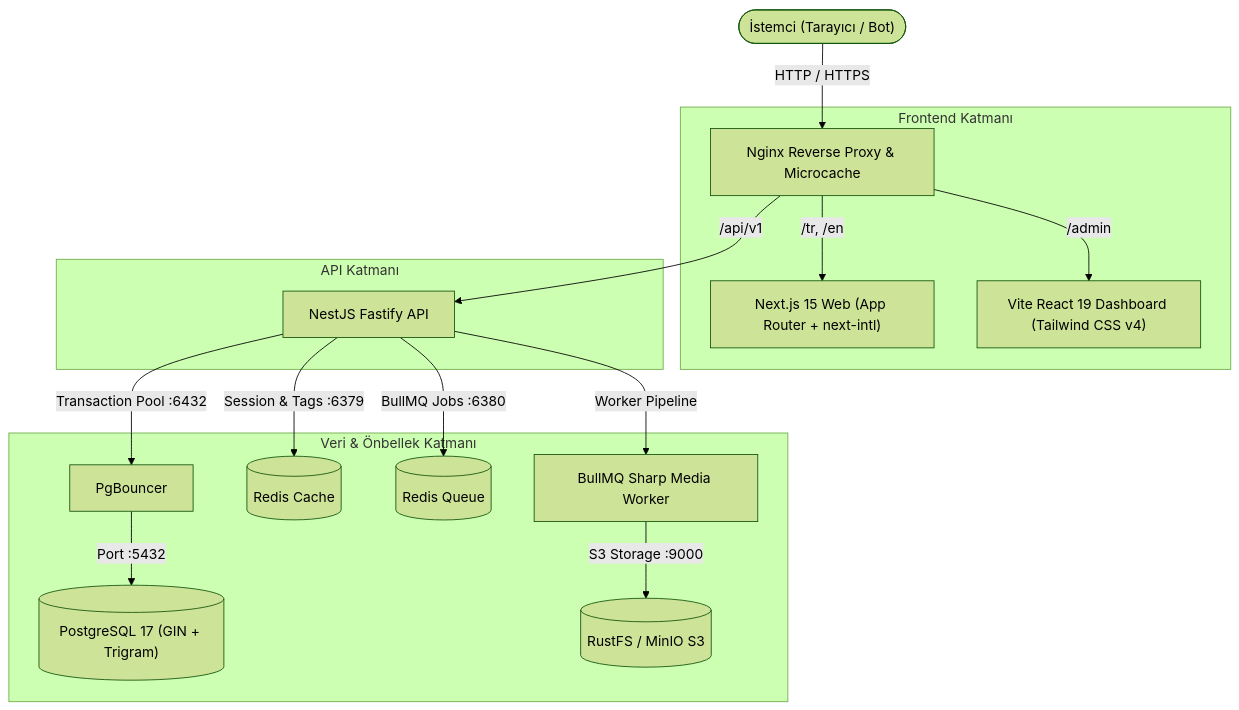
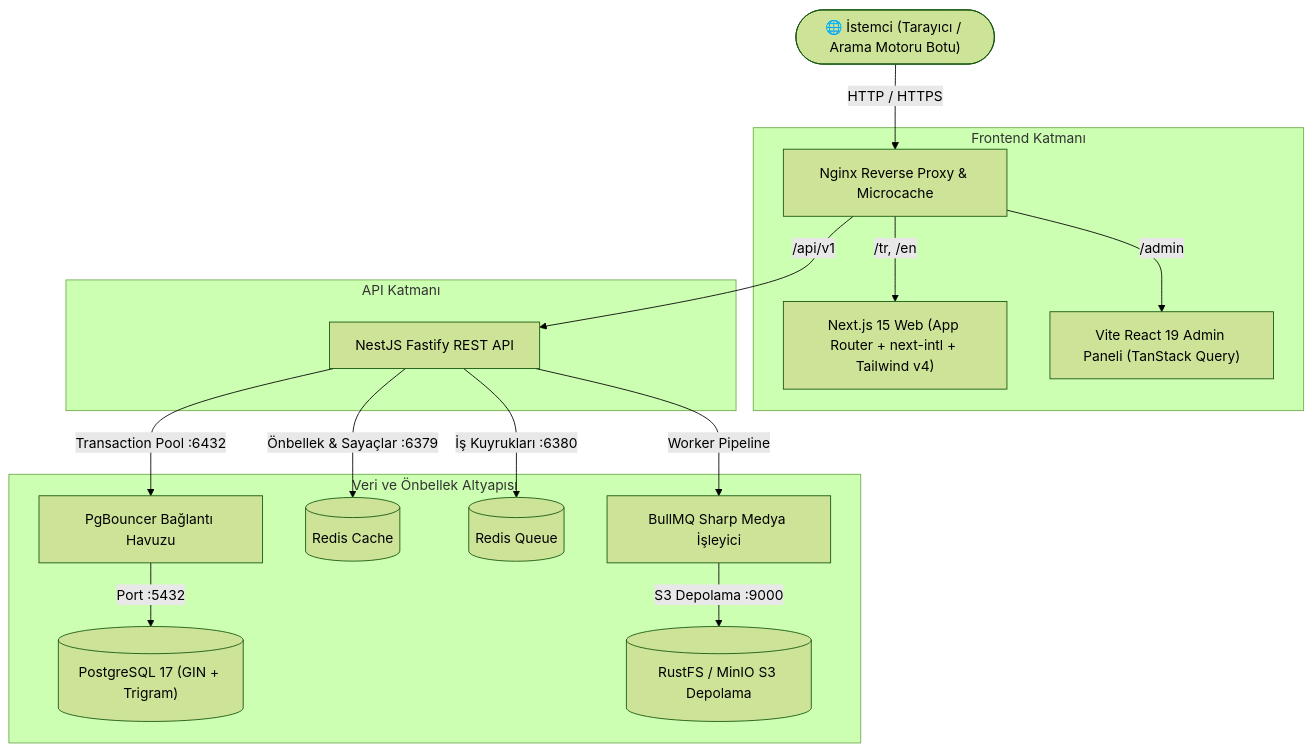
Before and after one commit to MaybeEarth/blog: the diagram in README.md, drawn with Mermaid (forest theme). The commit also changed other lines of this file and 1 other file, not shown here.

````diff
--- a/README.md
+++ b/README.md
@@ -34,22 +74,22 @@
 ```mermaid
 flowchart TD
-    Client(["İstemci (Tarayıcı / Bot)"]) -->|HTTP / HTTPS| Nginx["Nginx Reverse Proxy & Microcache"]
+    Client(["🌐 İstemci (Tarayıcı / Arama Motoru Botu)"]) -->|HTTP / HTTPS| Nginx["Nginx Reverse Proxy & Microcache"]
     
     subgraph Frontend Katmanı
-        Nginx -->|/tr, /en| Web["Next.js 15 Web (App Router + next-intl)"]
-        Nginx -->|/admin| Admin["Vite React 19 Dashboard (Tailwind CSS v4)"]
+        Nginx -->|/tr, /en| Web["Next.js 15 Web (App Router + next-intl + Tailwind v4)"]
+        Nginx -->|/admin| Admin["Vite React 19 Admin Paneli (TanStack Query)"]
     end
 
     subgraph API Katmanı
-        Nginx -->|/api/v1| API["NestJS Fastify API"]
+        Nginx -->|/api/v1| API["NestJS Fastify REST API"]
     end
 
-    subgraph Veri & Önbellek Katmanı
-        API -->|Transaction Pool :6432| PgBouncer["PgBouncer"]
+    subgraph Veri ve Önbellek Altyapısı
+        API -->|Transaction Pool :6432| PgBouncer["PgBouncer Bağlantı Havuzu"]
         PgBouncer -->|Port :5432| Postgres[("PostgreSQL 17 (GIN + Trigram)")]
-        API -->|Session & Tags :6379| RedisCache[("Redis Cache")]
-        API -->|BullMQ Jobs :6380| RedisQueue[("Redis Queue")]
-        API -->|Worker Pipeline| SharpWorker["BullMQ Sharp Media Worker"]
-        SharpWorker -->|S3 Storage :9000| RustFS[("RustFS / MinIO S3")]
+        API -->|Önbellek & Sayaçlar :6379| RedisCache[("Redis Cache")]
+        API -->|İş Kuyrukları :6380| RedisQueue[("Redis Queue")]
+        API -->|Worker Pipeline| SharpWorker["BullMQ Sharp Medya İşleyici"]
+        SharpWorker -->|S3 Depolama :9000| RustFS[("RustFS / MinIO S3 Depolama")]
     end
 ```
````
